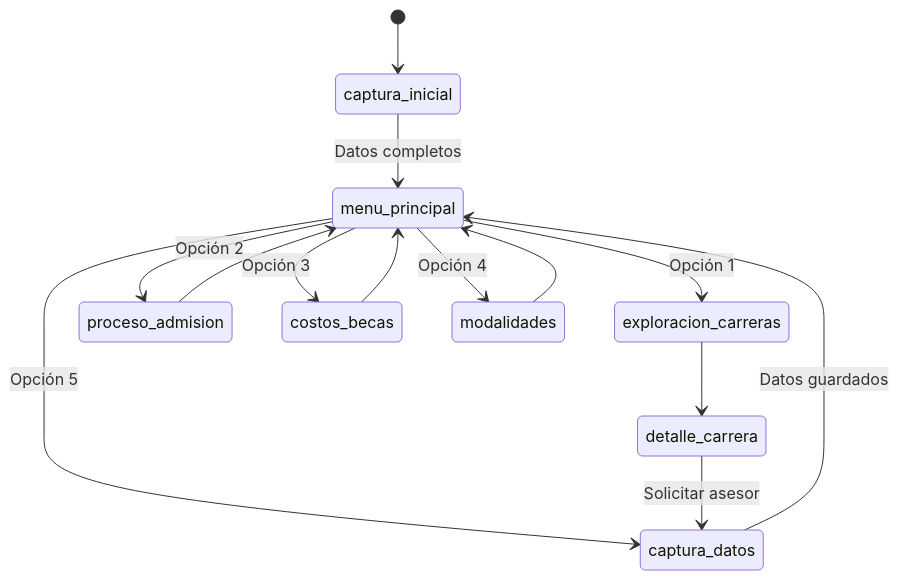
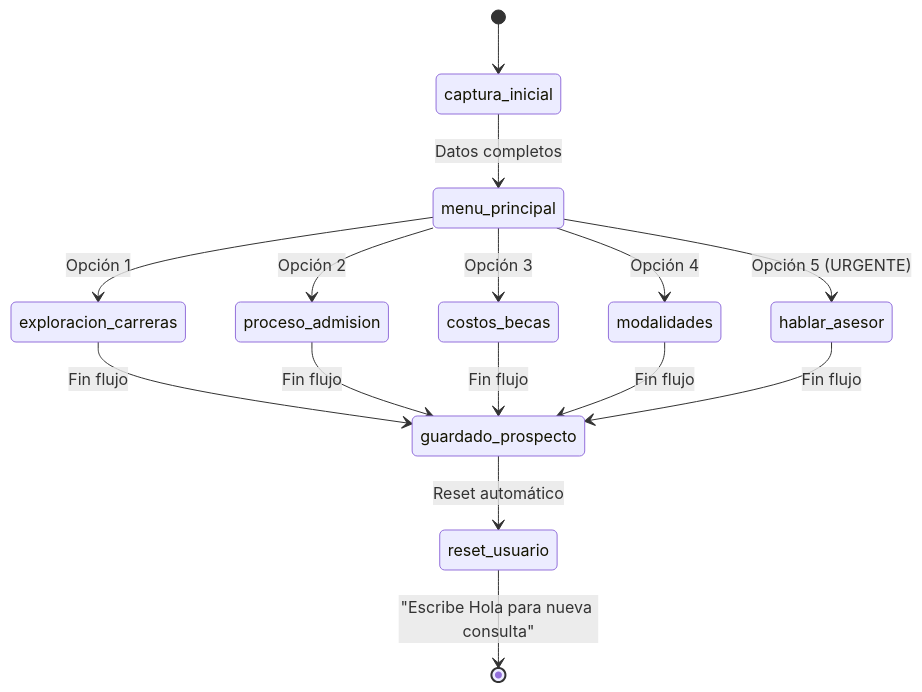
One commit to direccionTIUniacc/chat-bot changed the second of 4 diagrams in arquitectura.md. Above: the diagram before and after it, drawn with Mermaid. The commit also changed other lines of this file and 9 other files, not shown here.

````diff
--- a/arquitectura.md
+++ b/arquitectura.md
@@ -101,16 +107,17 @@
 ```mermaid
 stateDiagram-v2
     [*] --> captura_inicial
     captura_inicial --> menu_principal: Datos completos
     menu_principal --> exploracion_carreras: Opción 1
     menu_principal --> proceso_admision: Opción 2
     menu_principal --> costos_becas: Opción 3
     menu_principal --> modalidades: Opción 4
-    menu_principal --> captura_datos: Opción 5
-    exploracion_carreras --> detalle_carrera
-    detalle_carrera --> captura_datos: Solicitar asesor
-    proceso_admision --> menu_principal
-    costos_becas --> menu_principal
-    modalidades --> menu_principal
-    captura_datos --> menu_principal: Datos guardados
+    menu_principal --> hablar_asesor: Opción 5 (URGENTE)
+    exploracion_carreras --> guardado_prospecto: Fin flujo
+    proceso_admision --> guardado_prospecto: Fin flujo
+    costos_becas --> guardado_prospecto: Fin flujo
+    modalidades --> guardado_prospecto: Fin flujo
+    hablar_asesor --> guardado_prospecto: Fin flujo
+    guardado_prospecto --> reset_usuario: Reset automático
+    reset_usuario --> [*]: "Escribe Hola para nueva consulta"
 ```
````
